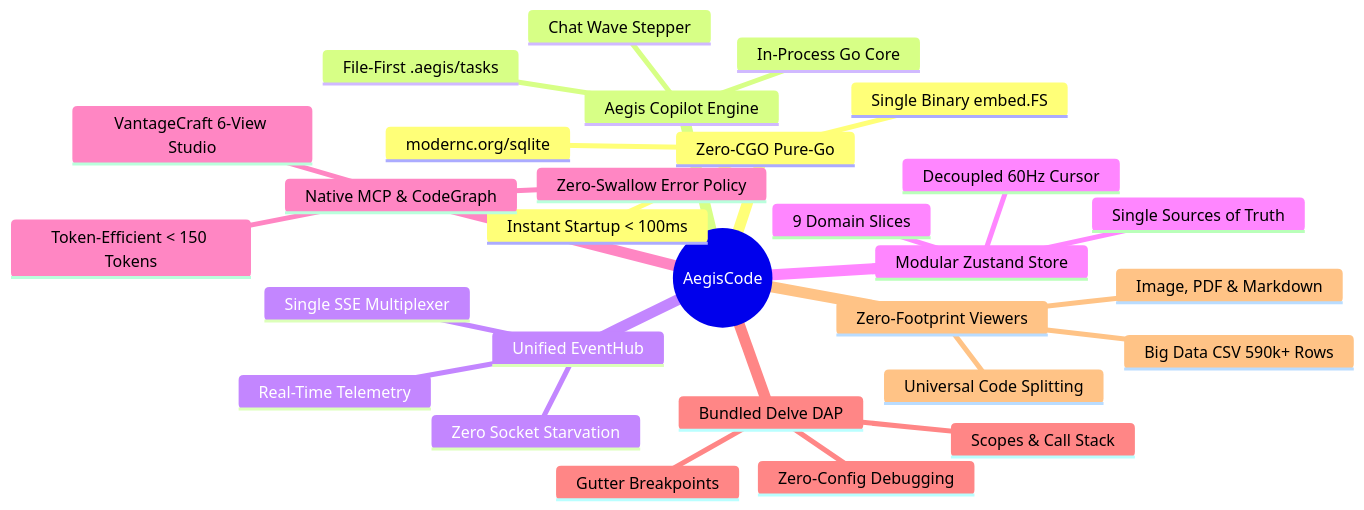
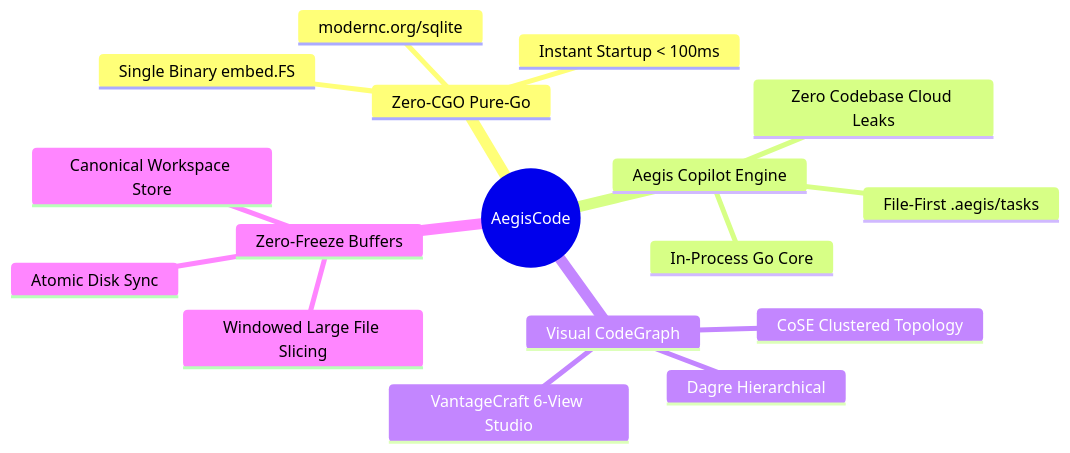
The first of 2 diagrams in README.md (aditlab-code/AegisCode), drawn with Mermaid before and after one commit. The commit also changed other lines of this file and 8 other files, not shown here.

````diff
--- a/README.md
+++ b/README.md
@@ -41,32 +39,20 @@
 ```mermaid
 mindmap
   root((AegisCode))
     Zero-CGO Pure-Go
       Single Binary embed.FS
       modernc.org/sqlite
       Instant Startup &lt; 100ms
     Aegis Copilot Engine
       In-Process Go Core
       File-First .aegis/tasks
-      Chat Wave Stepper
-    Unified EventHub
-      Single SSE Multiplexer
-      Zero Socket Starvation
-      Real-Time Telemetry
-    Modular Zustand Store
-      9 Domain Slices
-      Decoupled 60Hz Cursor
-      Single Sources of Truth
-    Native MCP & CodeGraph
+      Zero Codebase Cloud Leaks
+    Visual CodeGraph
       VantageCraft 6-View Studio
-      Zero-Swallow Error Policy
-      Token-Efficient &lt; 150 Tokens
-    Bundled Delve DAP
-      Zero-Config Debugging
-      Gutter Breakpoints
-      Scopes & Call Stack
-    Zero-Footprint Viewers
-      Universal Code Splitting
-      Big Data CSV 590k+ Rows
-      Image, PDF & Markdown
+      Dagre Hierarchical
+      CoSE Clustered Topology
+    Zero-Freeze Buffers
+      Canonical Workspace Store
+      Atomic Disk Sync
+      Windowed Large File Slicing
 ```
````
